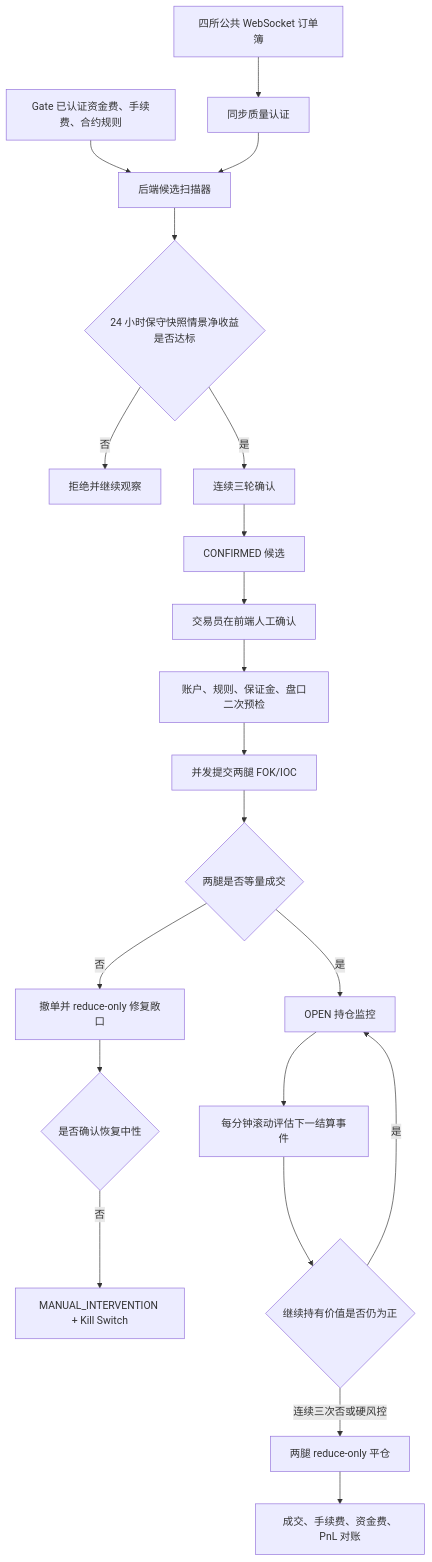
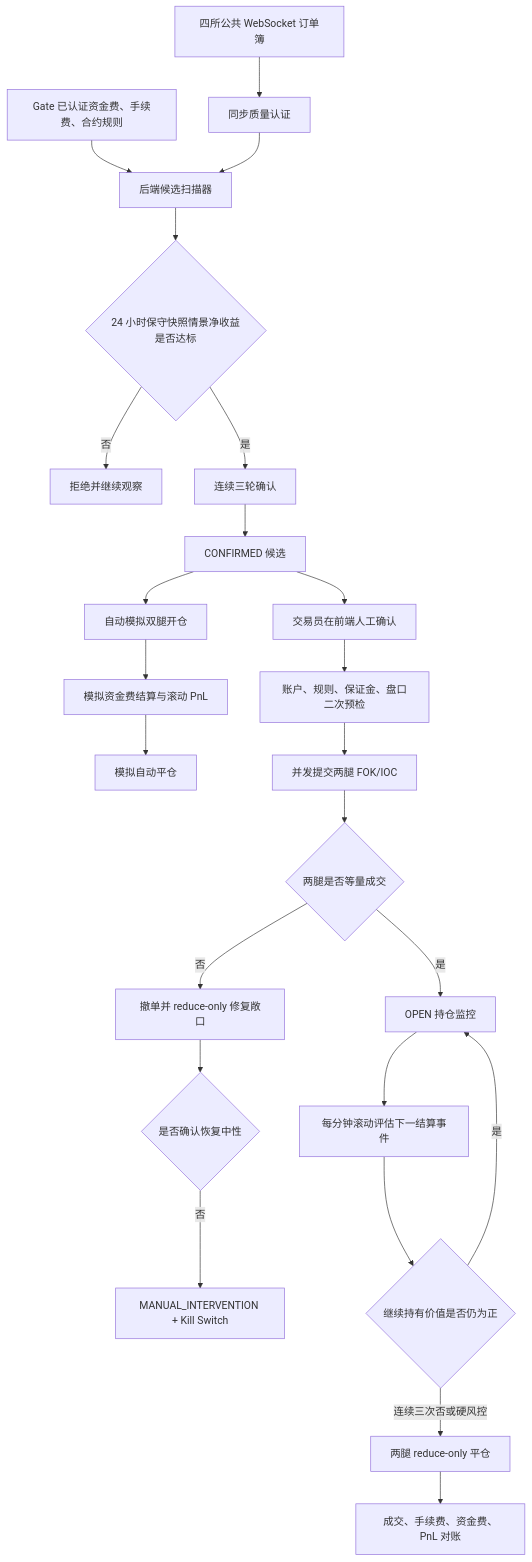
Before and after one commit to ShadowDawnTom/CrossQuant: the diagram in frontend/docs/FUNDING_ARBITRAGE_GUIDE_ZH.md, drawn with Mermaid. The commit also changed other lines of this file and 17 other files, not shown here.

````diff
--- a/frontend/docs/FUNDING_ARBITRAGE_GUIDE_ZH.md
+++ b/frontend/docs/FUNDING_ARBITRAGE_GUIDE_ZH.md
@@ -107,23 +107,26 @@
 ```mermaid
 flowchart TD
     A[四所公共 WebSocket 订单簿] --> C[同步质量认证]
     B[Gate 已认证资金费、手续费、合约规则] --> D[后端候选扫描器]
     C --> D
     D --> E{24 小时保守快照情景净收益是否达标}
     E -- 否 --> F[拒绝并继续观察]
     E -- 是 --> G[连续三轮确认]
     G --> H[CONFIRMED 候选]
+    H --> U[自动模拟双腿开仓]
+    U --> V[模拟资金费结算与滚动 PnL]
+    V --> W[模拟自动平仓]
     H --> I[交易员在前端人工确认]
     I --> J[账户、规则、保证金、盘口二次预检]
     J --> K[并发提交两腿 FOK/IOC]
     K --> L{两腿是否等量成交}
     L -- 是 --> M[OPEN 持仓监控]
     L -- 否 --> N[撤单并 reduce-only 修复敞口]
     N --> O{是否确认恢复中性}
     O -- 否 --> P[MANUAL_INTERVENTION + Kill Switch]
     M --> Q[每分钟滚动评估下一结算事件]
     Q --> T{继续持有价值是否仍为正}
     T -- 是 --> M
     T -- 连续三次否或硬风控 --> R[两腿 reduce-only 平仓]
     R --> S[成交、手续费、资金费、PnL 对账]
 ```
````
